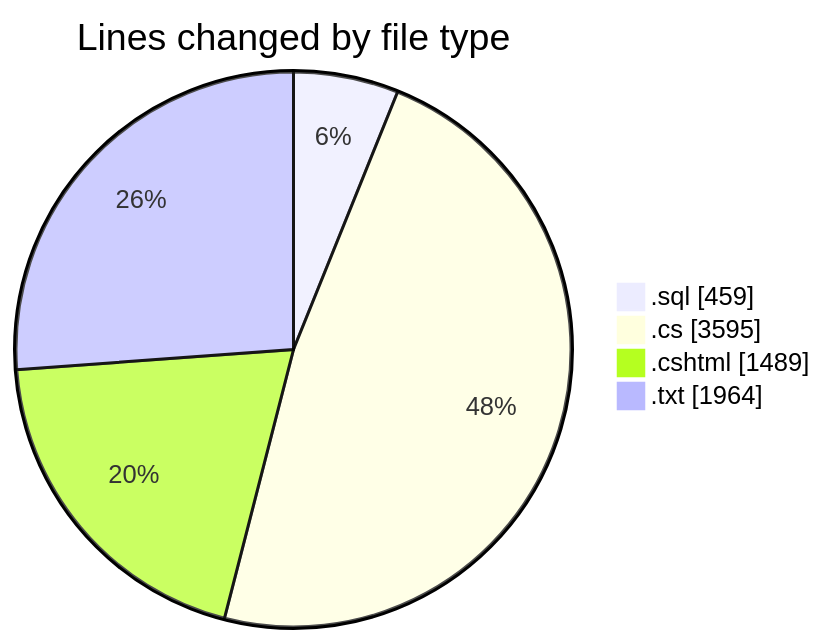
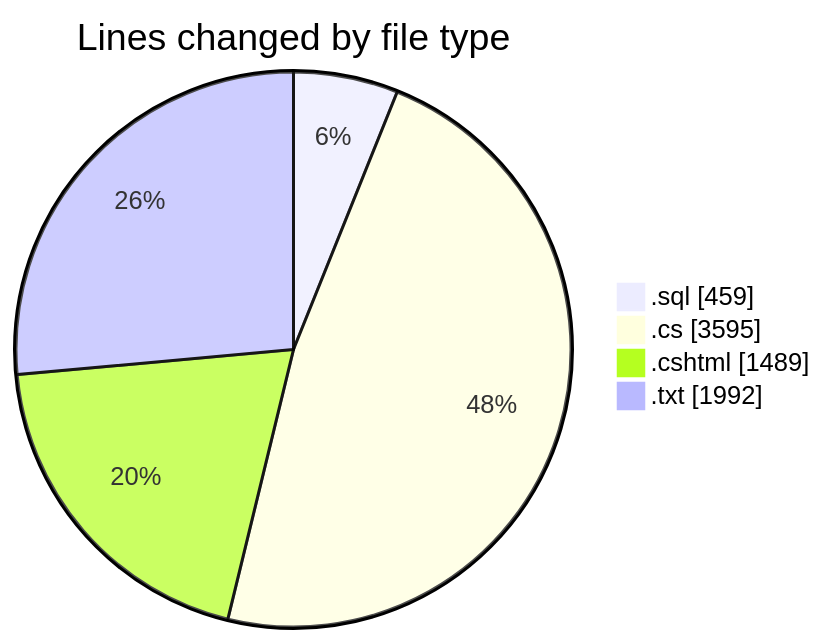
The first of 2 diagrams in 2025-07-23/quanlyrapchieuphim/README.md (lephambinh05/code-tracking), drawn with Mermaid before and after one commit. The commit also changed other lines of this file and 1 other file, not shown here.

````diff
--- a/2025-07-23/quanlyrapchieuphim/README.md
+++ b/2025-07-23/quanlyrapchieuphim/README.md
@@ -33,8 +33,8 @@
 ```mermaid
 pie showData
 title Lines changed by file type
 ".sql" : 459
 ".cs" : 3595
 ".cshtml" : 1489
-".txt" : 1964
+".txt" : 1992
 ```
````
